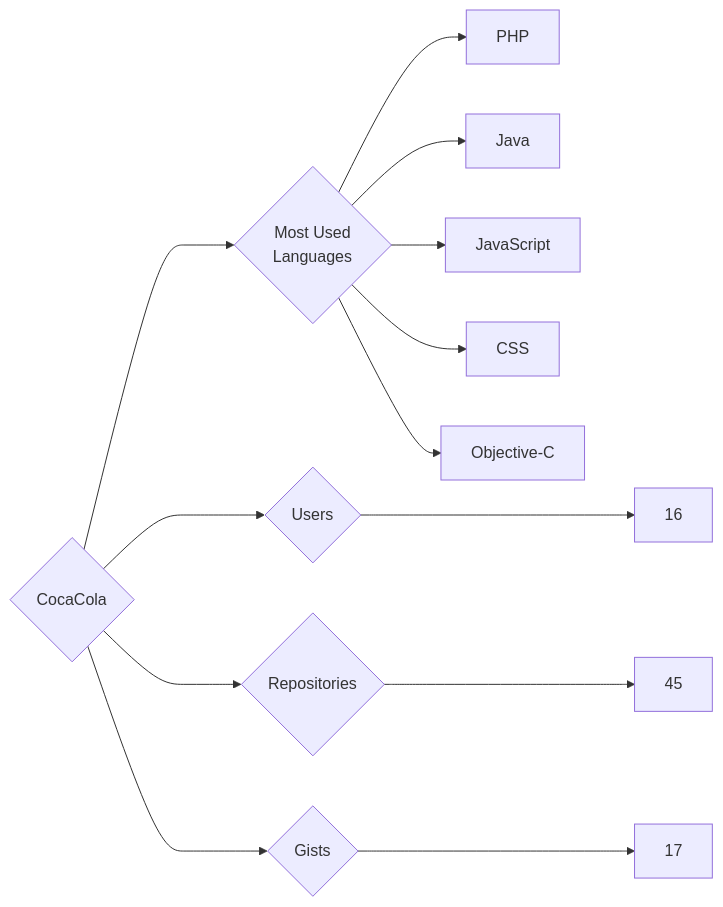
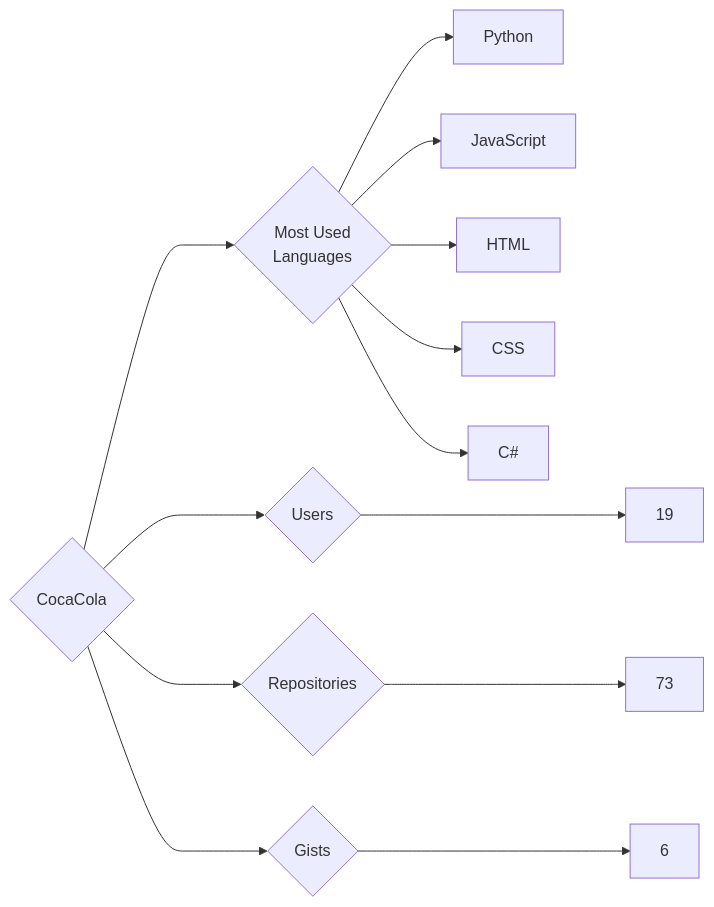
Before and after one commit to trickest/insiders: the diagram in targets/CocaCola/README.md, drawn with Mermaid. The commit also changed 953 other files, not shown here.

````diff
--- a/targets/CocaCola/README.md
+++ b/targets/CocaCola/README.md
@@ -3,13 +3,13 @@
 ```mermaid
 graph LR
 COMPANY_NAME{CocaCola}
-COMPANY_NAME ---> U{Users} ---> UN[16]
-COMPANY_NAME ---> R{Repositories} ---> RN[45]
-COMPANY_NAME ---> G{Gists} ---> GN[17]
+COMPANY_NAME ---> U{Users} ---> UN[19]
+COMPANY_NAME ---> R{Repositories} ---> RN[73]
+COMPANY_NAME ---> G{Gists} ---> GN[6]
 COMPANY_NAME ---> ML{Most Used<br>Languages}
-ML --> PHP[PHP]
-ML --> Java[Java]
+ML --> Python[Python]
 ML --> JavaScript[JavaScript]
+ML --> HTML[HTML]
 ML --> CSS[CSS]
-ML --> Objective-C[Objective-C]
+ML --> C#[C#]
 ```
````
